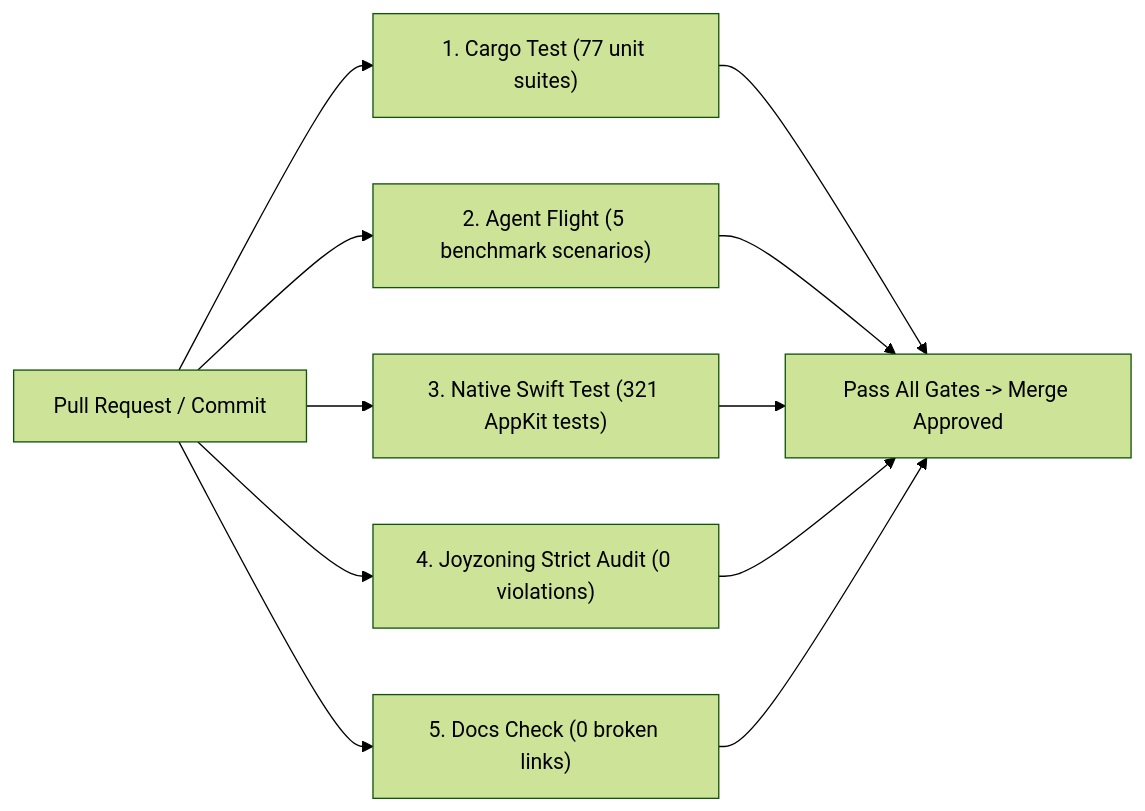
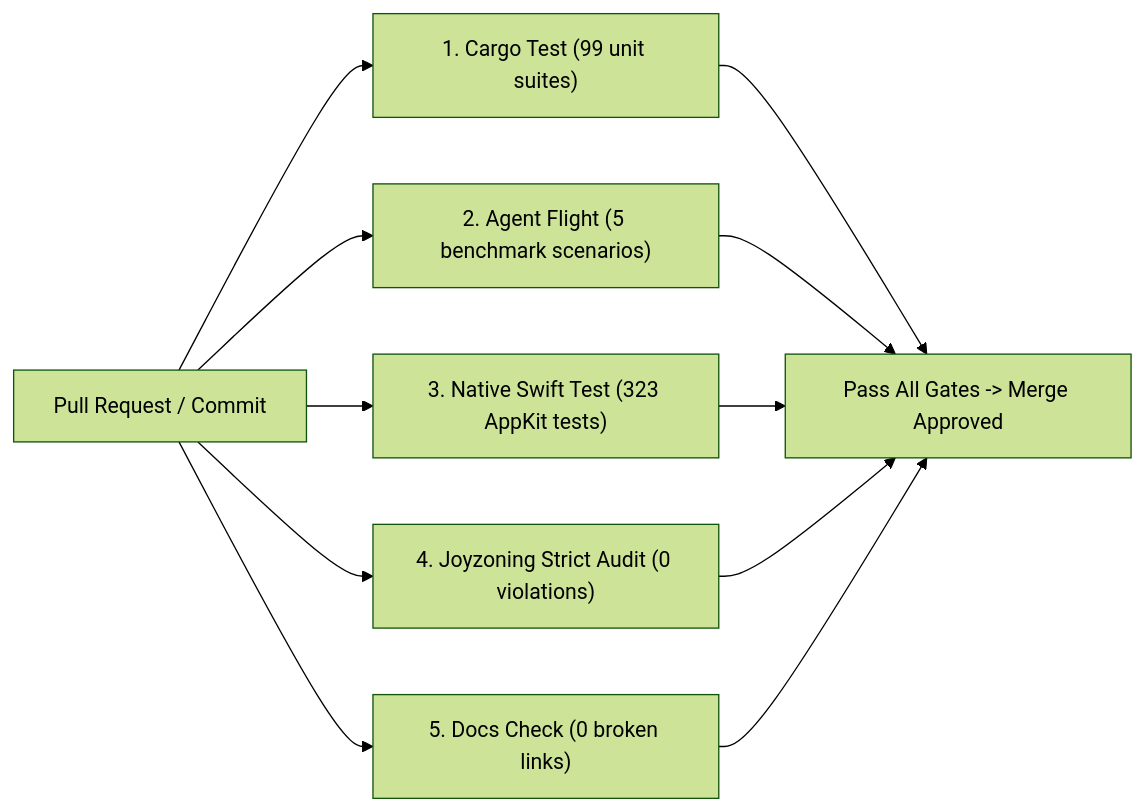
One commit to CardSorting/HEAV3NS-MICRO changed the diagram in docs/CI_INTEGRATION.md. Above: the diagram before and after it, drawn with Mermaid (forest theme). The commit also changed 34 other files, not shown here.

````diff
--- a/docs/CI_INTEGRATION.md
+++ b/docs/CI_INTEGRATION.md
@@ -19,13 +19,13 @@
 ```mermaid
 flowchart LR
-  PR["Pull Request / Commit"] --> TEST["1. Cargo Test (77 unit suites)"]
+  PR["Pull Request / Commit"] --> TEST["1. Cargo Test (99 unit suites)"]
   PR --> FLIGHT["2. Agent Flight (5 benchmark scenarios)"]
-  PR --> SWIFT["3. Native Swift Test (321 AppKit tests)"]
+  PR --> SWIFT["3. Native Swift Test (323 AppKit tests)"]
   PR --> JOY["4. Joyzoning Strict Audit (0 violations)"]
   PR --> DOCS["5. Docs Check (0 broken links)"]
   TEST --> GATE["Pass All Gates -> Merge Approved"]
   FLIGHT --> GATE
   SWIFT --> GATE
   JOY --> GATE
   DOCS --> GATE
 ```
````
